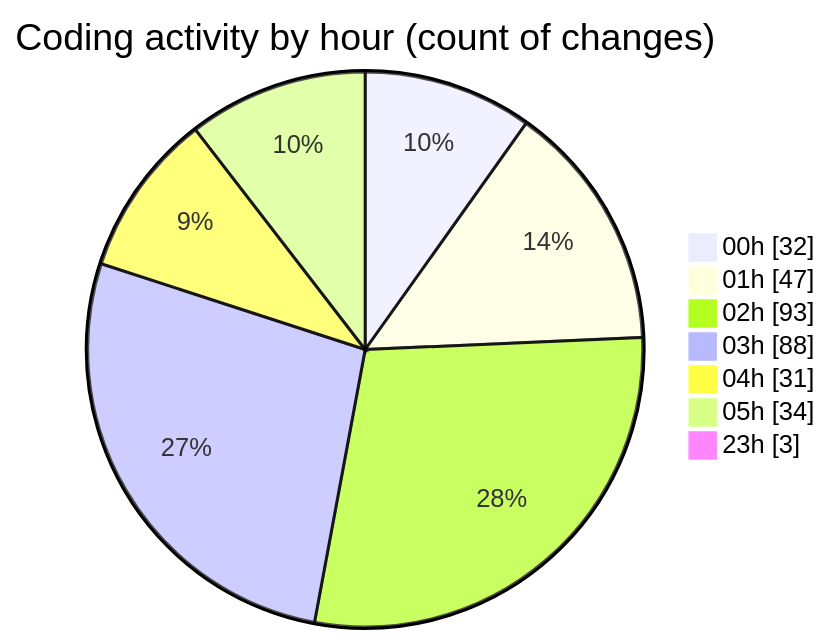
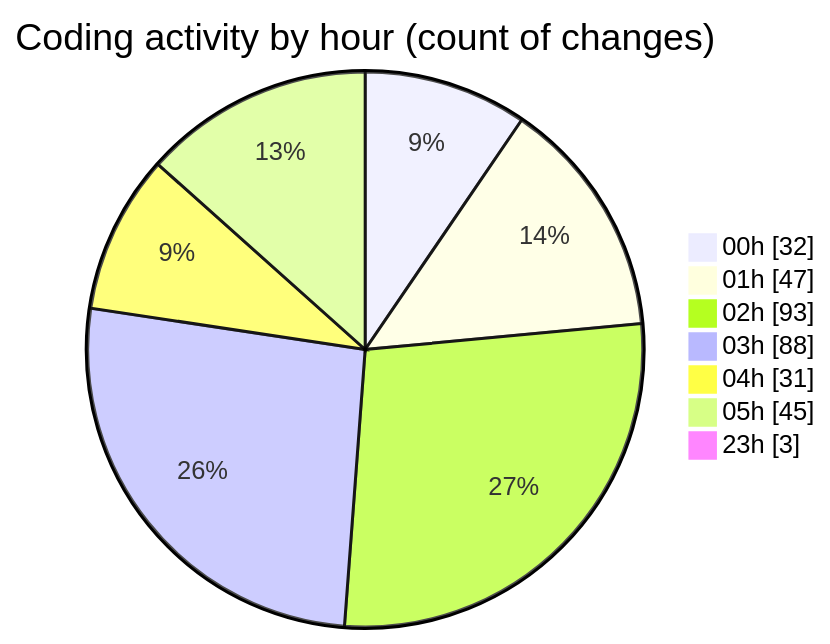
Before and after one commit to lephambinh05/code-tracking: the second of 2 diagrams in 2025-07-28/quanlyrapchieuphim-1/README.md, drawn with Mermaid. The commit also changed other lines of this file and 1 other file, not shown here.

````diff
--- a/2025-07-28/quanlyrapchieuphim-1/README.md
+++ b/2025-07-28/quanlyrapchieuphim-1/README.md
@@ -72,11 +74,11 @@
 ```mermaid
 pie showData
 title Coding activity by hour (count of changes)
 "00h" : 32
 "01h" : 47
 "02h" : 93
 "03h" : 88
 "04h" : 31
-"05h" : 34
+"05h" : 45
 "23h" : 3
 ```
````
